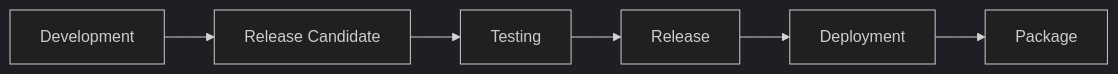
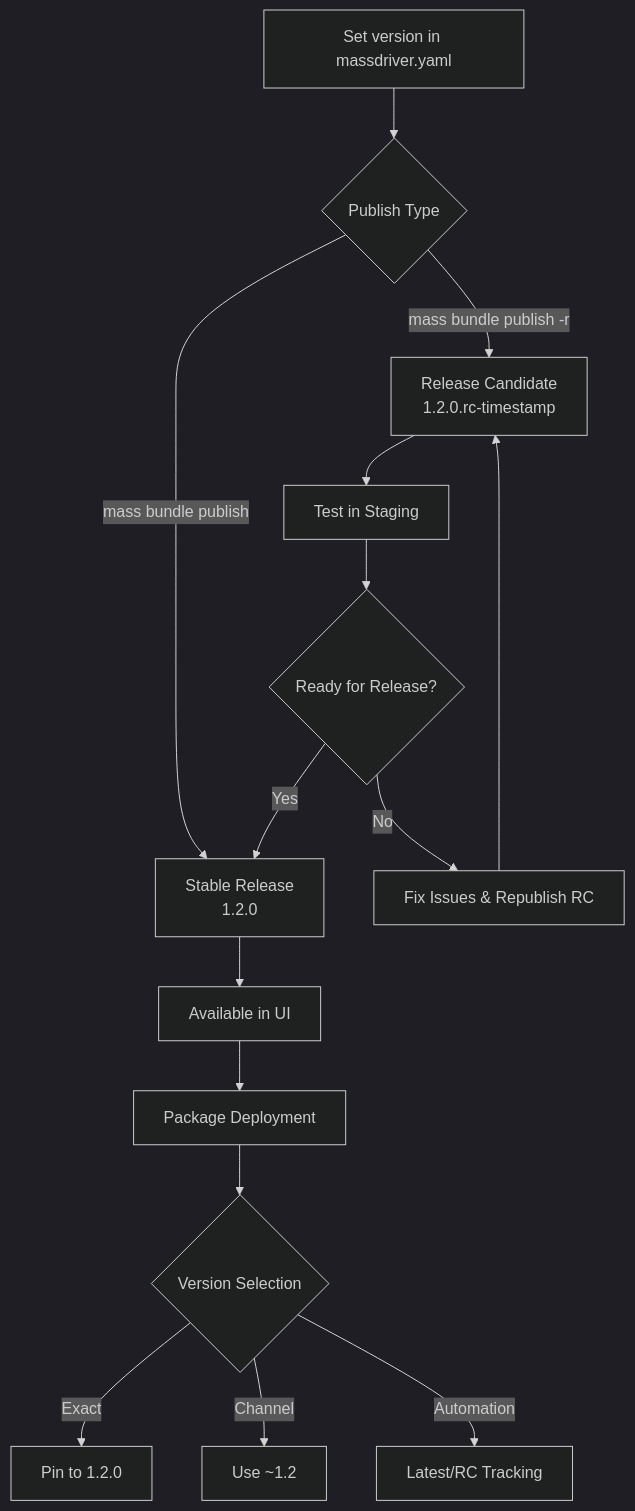
Before and after one commit to massdriver-cloud/docs: the diagram in docs/concepts/11-versions.md, drawn with Mermaid (dark theme). The commit also changed other lines of this file, not shown here.

````diff
--- a/docs/concepts/11-versions.md
+++ b/docs/concepts/11-versions.md
@@ -147,8 +218,17 @@
 ```mermaid
-graph LR
-    A[Development] --> B[Release Candidate]
-    B --> C[Testing]
-    C --> D[Release]
-    D --> E[Deployment]
-    E --> F[Package]
+graph TD
+    A[Set version in massdriver.yaml] --> B{Publish Type}
+    B -->|mass bundle publish -r| C[Release Candidate<br/>1.2.0.rc-timestamp]
+    B -->|mass bundle publish| D[Stable Release<br/>1.2.0]
+    C --> E[Test in Staging]
+    E --> F{Ready for Release?}
+    F -->|No| G[Fix Issues & Republish RC]
+    G --> C
+    F -->|Yes| D
+    D --> H[Available in UI]
+    H --> I[Package Deployment]
+    I --> J{Version Selection}
+    J -->|Exact| K[Pin to 1.2.0]
+    J -->|Channel| L[Use ~1.2]
+    J -->|Automation| M[Latest/RC Tracking]
 ```
````
